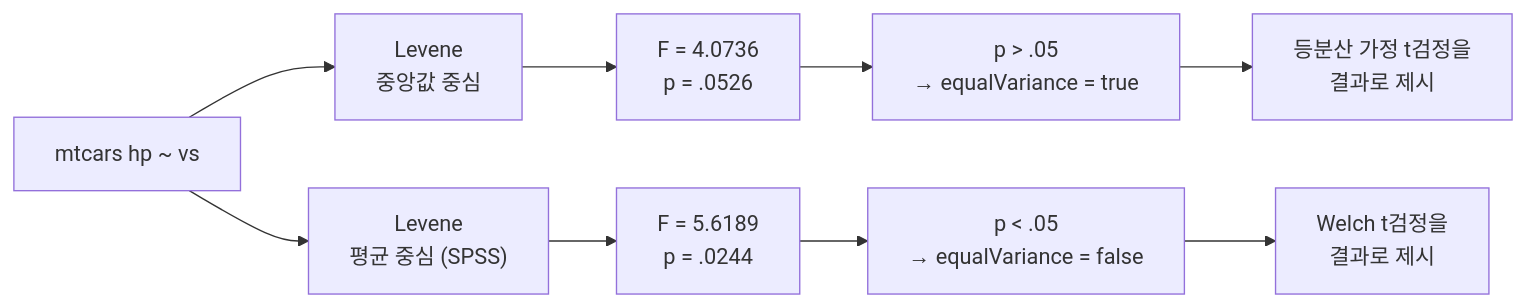
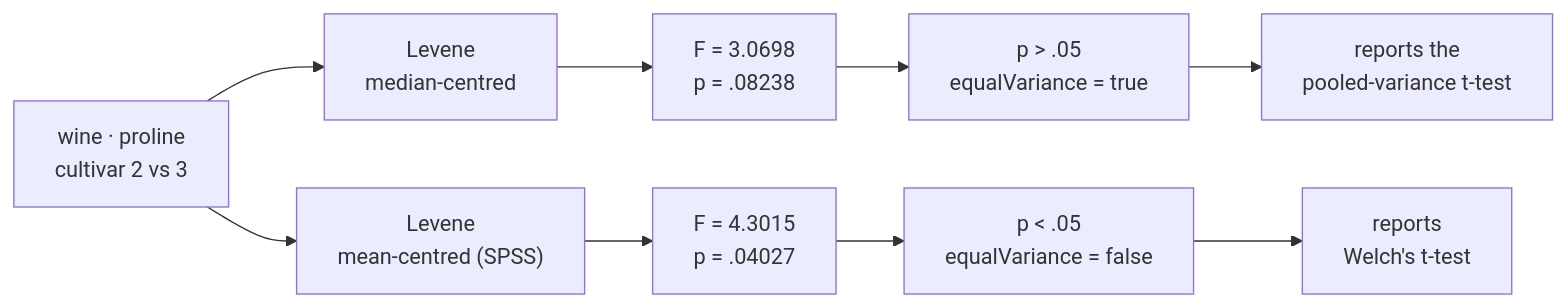
The fourth of 4 diagrams in docs/validation/report-2026-10-06-r-crosscheck.md (WinM2M/inferential-stats-js), drawn with Mermaid before and after one commit. The commit also changed other lines of this file and 20 other files, not shown here.

````diff
--- a/docs/validation/report-2026-10-06-r-crosscheck.md
+++ b/docs/validation/report-2026-10-06-r-crosscheck.md
@@ -314,11 +403,11 @@
 ```mermaid
 flowchart LR
-    A["mtcars hp ~ vs"] --> B["Levene<br/>중앙값 중심"]
-    A --> C["Levene<br/>평균 중심 (SPSS)"]
-    B --> D["F = 4.0736<br/>p = .0526"]
-    C --> E["F = 5.6189<br/>p = .0244"]
-    D --> F["p > .05<br/>→ equalVariance = true"]
-    E --> G["p &lt; .05<br/>→ equalVariance = false"]
-    F --> H["등분산 가정 t검정을<br/>결과로 제시"]
-    G --> I["Welch t검정을<br/>결과로 제시"]
+    A["wine · proline<br/>cultivar 2 vs 3"] --> B["Levene<br/>median-centred"]
+    A --> C["Levene<br/>mean-centred (SPSS)"]
+    B --> D["F = 3.0698<br/>p = .08238"]
+    C --> E["F = 4.3015<br/>p = .04027"]
+    D --> F["p &gt; .05<br/>equalVariance = true"]
+    E --> G["p &lt; .05<br/>equalVariance = false"]
+    F --> H["reports the<br/>pooled-variance t-test"]
+    G --> I["reports<br/>Welch's t-test"]
 ```
````
